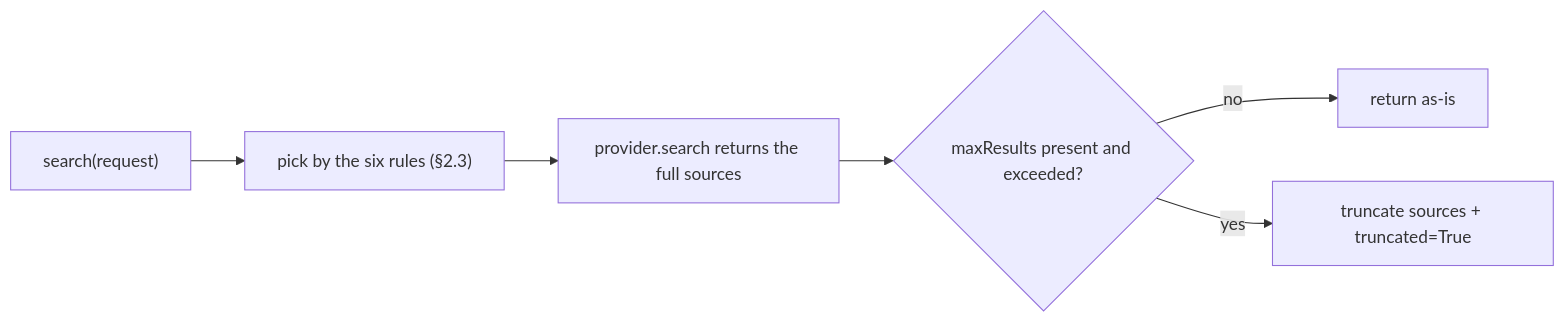
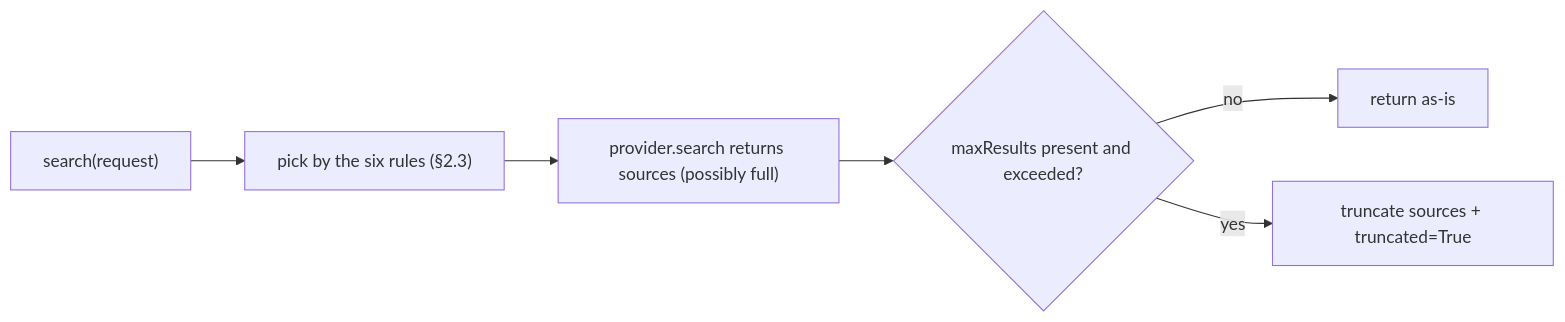
Before and after one commit to ChenYu1991ppak/deepseek-harness-anatomy: the third of 5 diagrams in ch13/ch13-web-lsp_en.md, drawn with Mermaid. The commit also changed other lines of this file and 124 other files, not shown here.

````diff
--- a/ch13/ch13-web-lsp_en.md
+++ b/ch13/ch13-web-lsp_en.md
@@ -304,8 +315,8 @@
 ```mermaid
 flowchart LR
     A["search(request)"] --> B["pick by the six rules (§2.3)"]
-    B --> C["provider.search returns the full sources"]
+    B --> C["provider.search returns sources (possibly full)"]
     C --> D{"maxResults present and exceeded?"}
     D -- "no" --> E["return as-is"]
     D -- "yes" --> F["truncate sources + truncated=True"]
 ```
````
